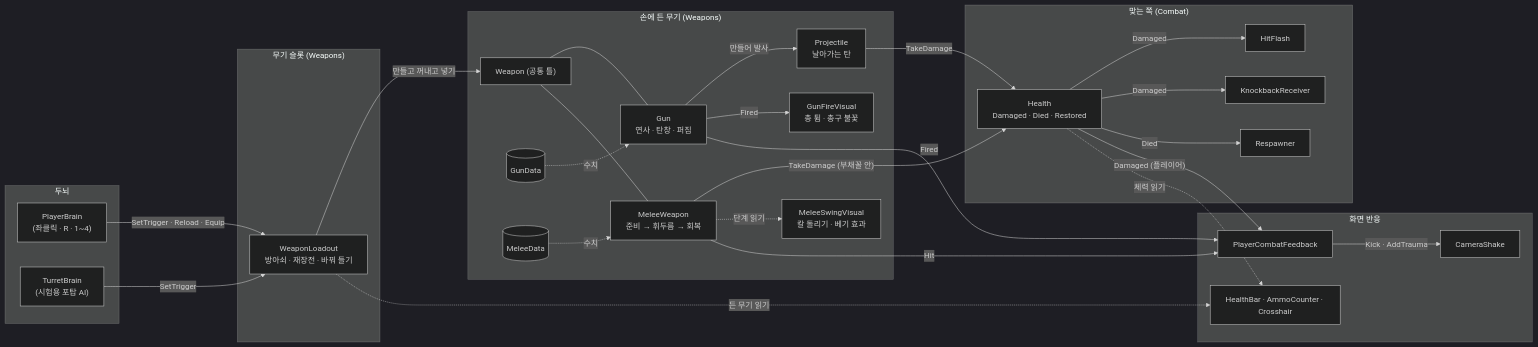
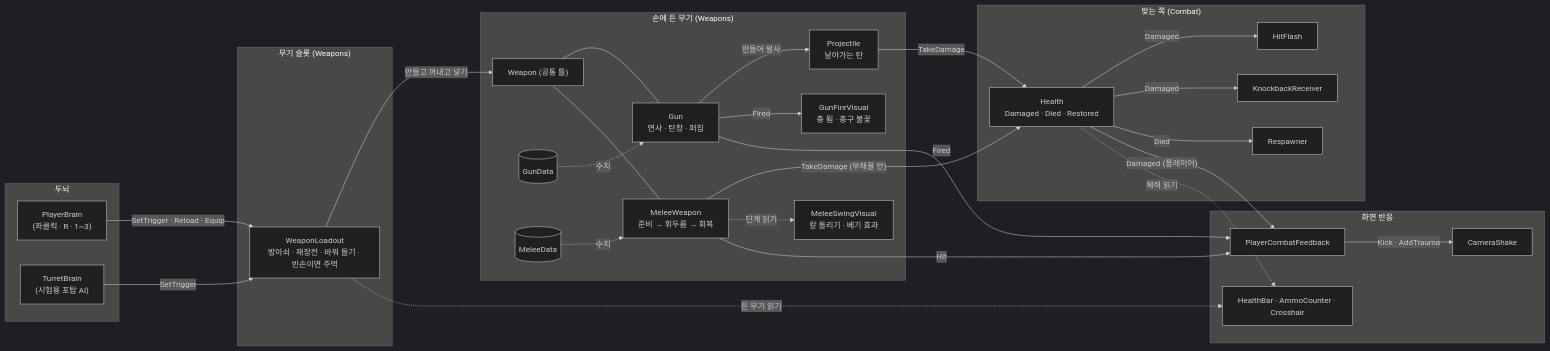
One commit to odyo0/project_dust_scrapper changed the second of 8 diagrams in docs/코드-구조.md. Above: the diagram before and after it, drawn with Mermaid (dark theme). The commit also changed other lines of this file and 18 other files, not shown here.

````diff
--- a/docs/코드-구조.md
+++ b/docs/코드-구조.md
@@ -90,57 +90,57 @@
 ```mermaid
 flowchart LR
     subgraph 두뇌["두뇌"]
-        PB["PlayerBrain<br/>(좌클릭 · R · 1~4)"]
+        PB["PlayerBrain<br/>(좌클릭 · R · 1~3)"]
         TB["TurretBrain<br/>(시험용 포탑 AI)"]
     end
 
     subgraph 슬롯["무기 슬롯 (Weapons)"]
-        WL["WeaponLoadout<br/>방아쇠 · 재장전 · 바꿔 들기"]
+        WL["WeaponLoadout<br/>방아쇠 · 재장전 · 바꿔 들기 · 빈손이면 주먹"]
     end
 
     subgraph 무기["손에 든 무기 (Weapons)"]
         W["Weapon (공통 틀)"]
         G["Gun<br/>연사 · 탄창 · 퍼짐"]
         M["MeleeWeapon<br/>준비 → 휘두름 → 회복"]
         GD[("GunData")]
         MD[("MeleeData")]
         P["Projectile<br/>날아가는 탄"]
         GV["GunFireVisual<br/>총 튐 · 총구 불꽃"]
         MV["MeleeSwingVisual<br/>칼 돌리기 · 베기 효과"]
     end
 
     subgraph 맞는쪽["맞는 쪽 (Combat)"]
         H["Health<br/>Damaged · Died · Restored"]
         HF["HitFlash"]
         KR["KnockbackReceiver"]
         RS["Respawner"]
     end
 
     subgraph 화면["화면 반응"]
         PCF["PlayerCombatFeedback"]
         CS["CameraShake"]
         HUD["HealthBar · AmmoCounter · Crosshair"]
     end
 
     PB -- "SetTrigger · Reload · Equip" --> WL
     TB -- "SetTrigger" --> WL
     WL -- "만들고 꺼내고 넣기" --> W
     W --- G
     W --- M
     GD -. "수치" .-> G
     MD -. "수치" .-> M
     G -- "만들어 발사" --> P
     P -- "TakeDamage" --> H
     M -- "TakeDamage (부채꼴 안)" --> H
     G -- "Fired" --> GV
     M -. "단계 읽기" .-> MV
     H -- "Damaged" --> HF
     H -- "Damaged" --> KR
     H -- "Died" --> RS
     G -- "Fired" --> PCF
     M -- "Hit" --> PCF
     H -- "Damaged (플레이어)" --> PCF
     PCF -- "Kick · AddTrauma" --> CS
     H -. "체력 읽기" .-> HUD
     WL -. "든 무기 읽기" .-> HUD
 ```
````
